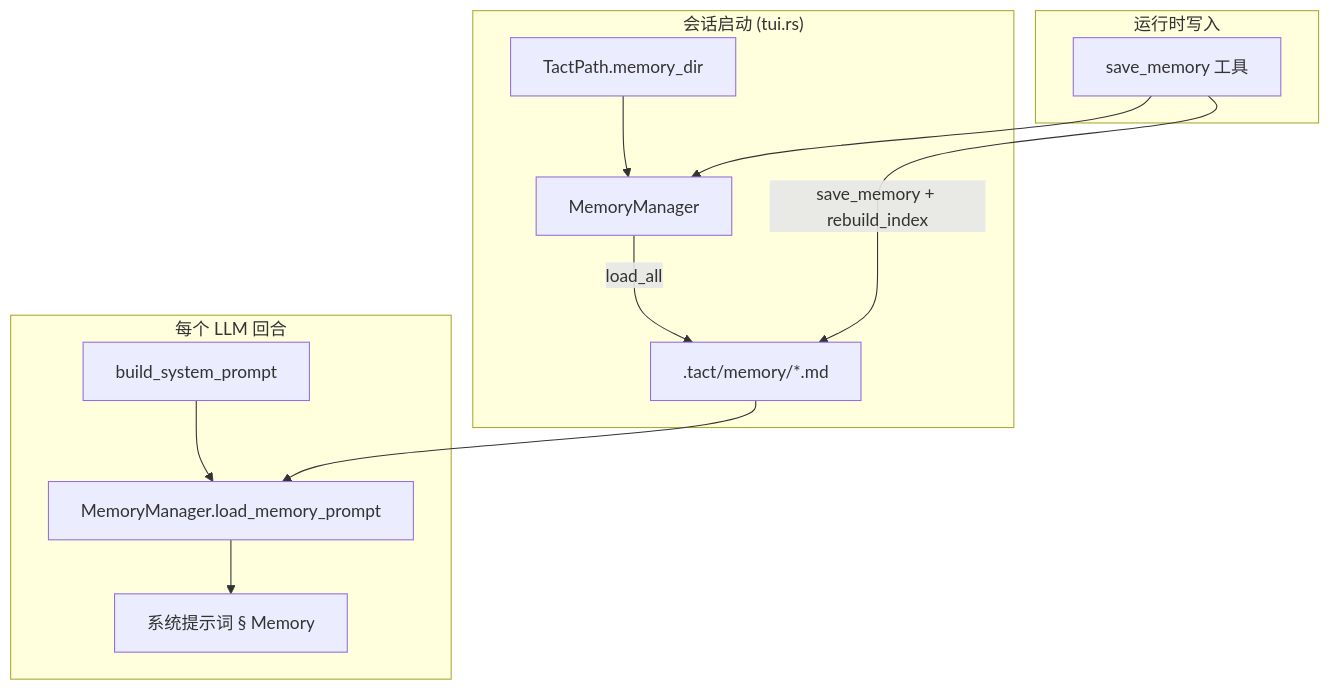
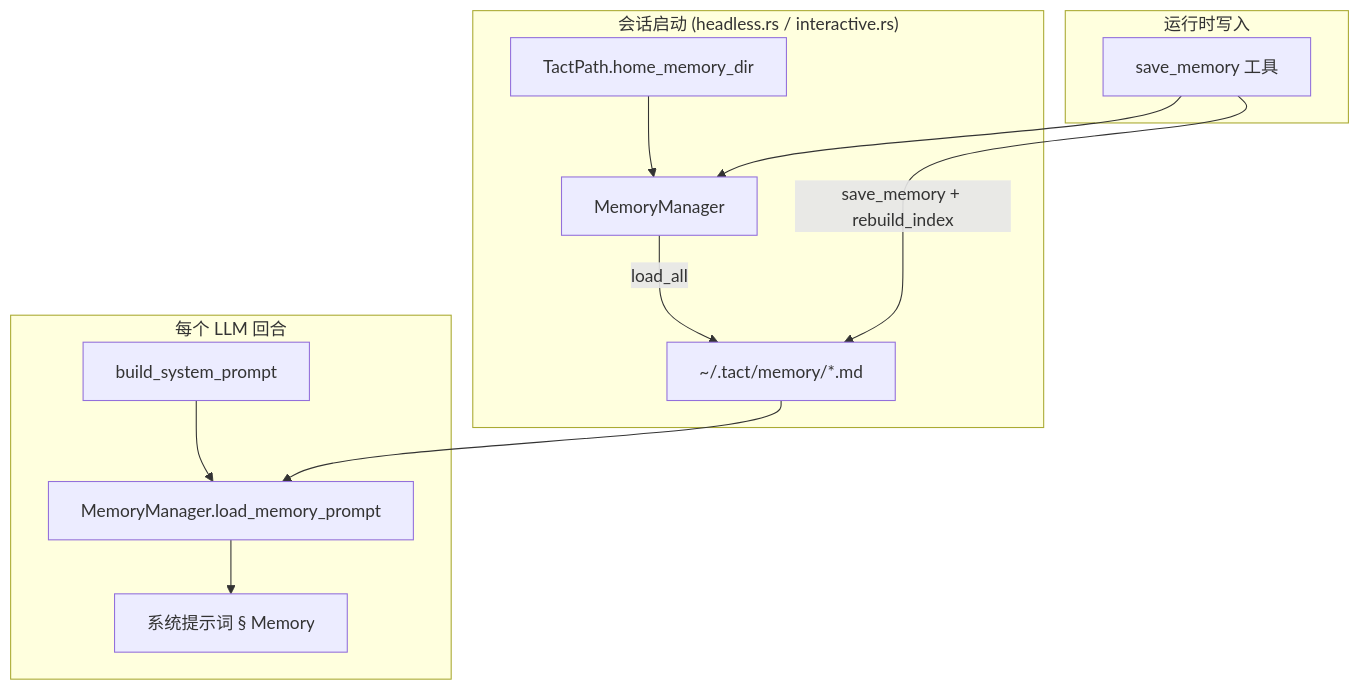
The diagram in book/03_chapter_memory_zh.md (rust-infra/tact), drawn with Mermaid before and after one commit. The commit also changed other lines of this file and 166 other files, not shown here.

````diff
--- a/book/03_chapter_memory_zh.md
+++ b/book/03_chapter_memory_zh.md
@@ -28,24 +28,24 @@
 ```mermaid
 graph TB
-    subgraph Startup["会话启动 (tui.rs)"]
-        TP[TactPath.memory_dir]
+    subgraph Startup["会话启动 (headless.rs / interactive.rs)"]
+        TP[TactPath.home_memory_dir]
         MM[MemoryManager]
         TP --> MM
-        MM -->|load_all| Files[".tact/memory/*.md"]
+        MM -->|load_all| Files["~/.tact/memory/*.md"]
     end
 
     subgraph Agent["每个 LLM 回合"]
         BSP[build_system_prompt]
         MM2[MemoryManager.load_memory_prompt]
         BSP --> MM2
         MM2 --> SP["系统提示词 § Memory"]
     end
 
     subgraph Tools["运行时写入"]
         SM[save_memory 工具]
         SM -->|save_memory + rebuild_index| Files
         SM --> MM
     end
 
     Files --> MM2
 ```
````
